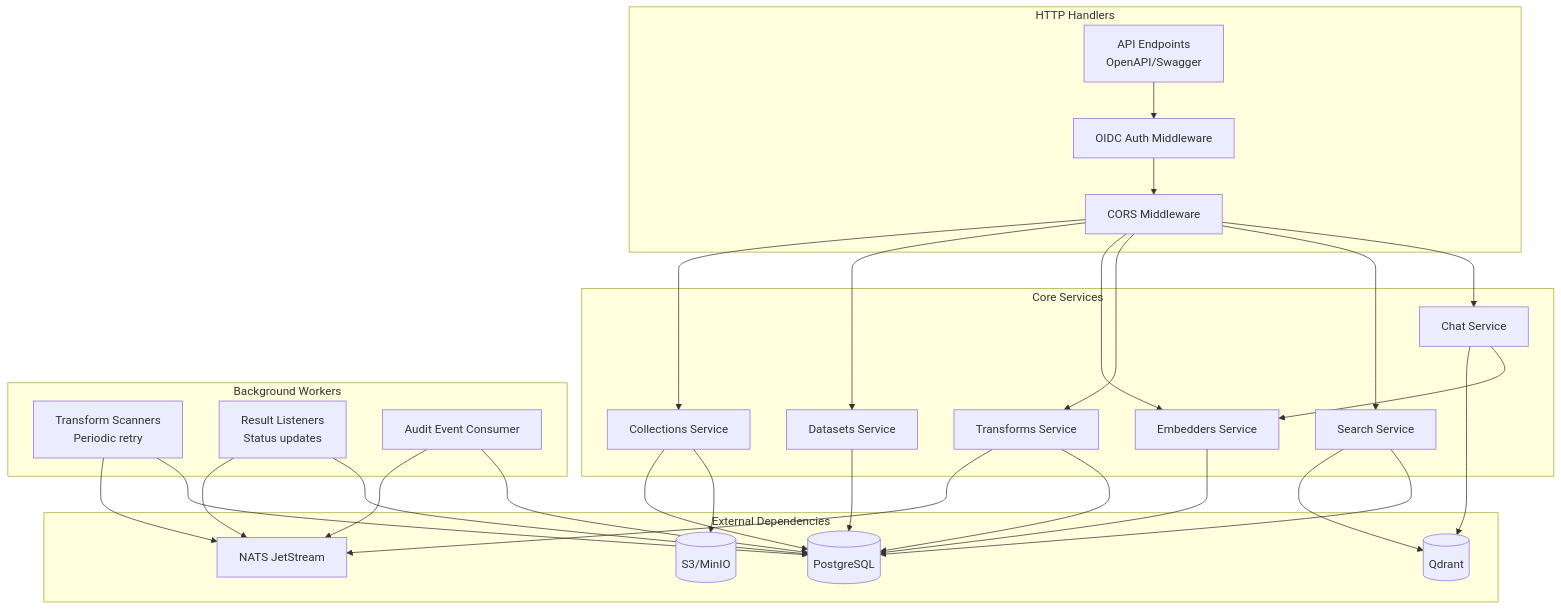
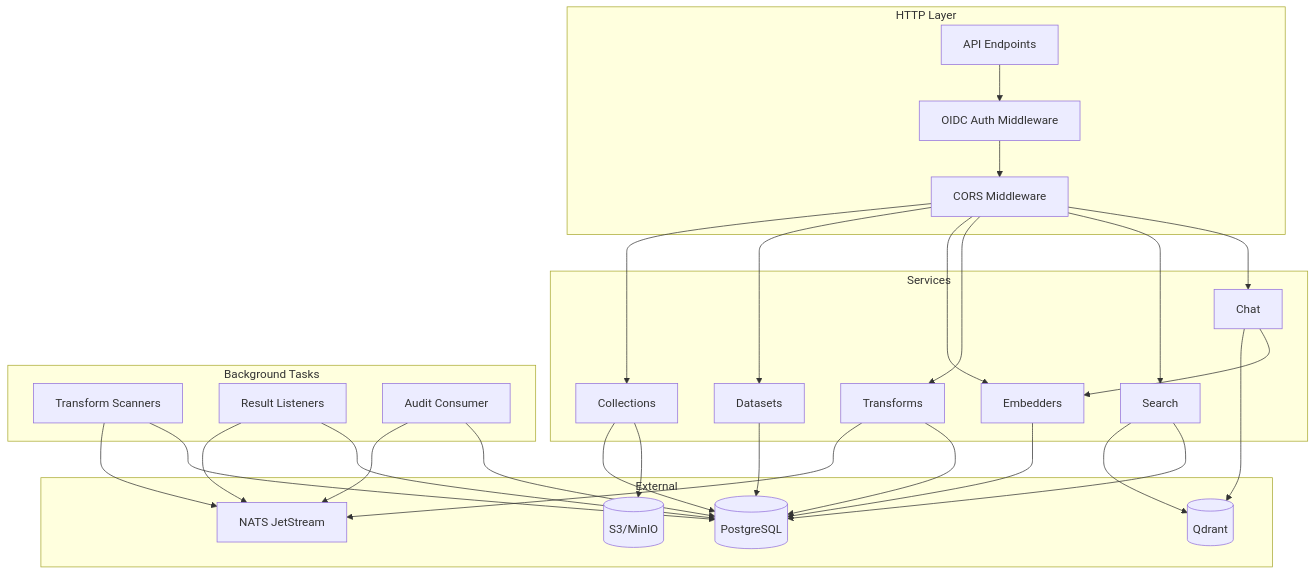
The diagram in crates/api/README.md (FishySoftware/semantic-explorer), drawn with Mermaid before and after one commit. The commit also changed other lines of this file and 40 other files, not shown here.

````diff
--- a/crates/api/README.md
+++ b/crates/api/README.md
@@ -18,57 +27,44 @@
 ```mermaid
 graph TD
-    subgraph "HTTP Handlers"
-        API[API Endpoints<br/>OpenAPI/Swagger]
+    subgraph "HTTP Layer"
+        API[API Endpoints]
         AUTH[OIDC Auth Middleware]
         CORS[CORS Middleware]
     end
 
-    subgraph "Core Services"
-        COLL[Collections Service]
-        DS[Datasets Service]
-        EMB[Embedders Service]
-        TRANS[Transforms Service]
-        SEARCH[Search Service]
-        CHAT[Chat Service]
+    subgraph "Services"
+        COLL[Collections]
+        DS[Datasets]
+        EMB[Embedders]
+        TRANS[Transforms]
+        SEARCH[Search]
+        CHAT[Chat]
     end
 
-    subgraph "Background Workers"
-        SCANNER[Transform Scanners<br/>Periodic retry]
-        LISTENER[Result Listeners<br/>Status updates]
-        AUDIT[Audit Event Consumer]
+    subgraph "Background Tasks"
+        SCANNER[Transform Scanners]
+        LISTENER[Result Listeners]
+        AUDIT[Audit Consumer]
     end
 
-    subgraph "External Dependencies"
+    subgraph "External"
         PG[(PostgreSQL)]
         NATS[NATS JetStream]
         QD[(Qdrant)]
         S3[(S3/MinIO)]
     end
 
-    API --> AUTH
-    AUTH --> CORS
-    CORS --> COLL
-    CORS --> DS
-    CORS --> EMB
-    CORS --> TRANS
-    CORS --> SEARCH
-    CORS --> CHAT
+    API --> AUTH --> CORS
+    CORS --> COLL & DS & EMB & TRANS & SEARCH & CHAT
 
-    COLL --> PG
-    COLL --> S3
+    COLL --> PG & S3
     DS --> PG
     EMB --> PG
-    TRANS --> NATS
-    TRANS --> PG
-    SEARCH --> QD
-    SEARCH --> PG
-    CHAT --> QD
-    CHAT --> EMB
+    TRANS --> NATS & PG
+    SEARCH --> QD & PG
+    CHAT --> QD & EMB
 
-    SCANNER --> NATS
-    SCANNER --> PG
-    LISTENER --> NATS
-    LISTENER --> PG
-    AUDIT --> NATS
-    AUDIT --> PG
+    SCANNER --> NATS & PG
+    LISTENER --> NATS & PG
+    AUDIT --> NATS & PG
 ```
````
